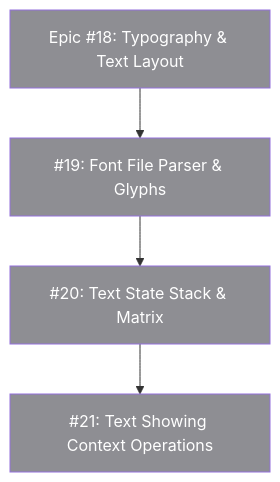
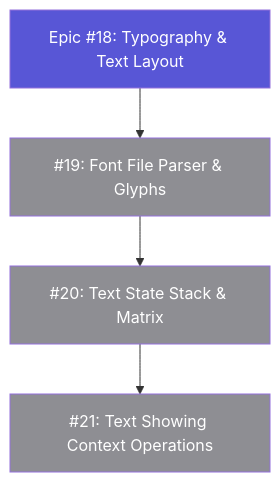
Before and after one commit to SlayerMotion/PureDraw: the eighth of 9 diagrams in README.md, drawn with Mermaid. The commit also changed other lines of this file and 1 other file, not shown here.

First line of the commit message:
docs: mark epic 13 done in roadmap diagrams

````diff
--- a/README.md
+++ b/README.md
@@ -268,16 +268,16 @@
 ```mermaid
 flowchart TB
     classDef done    fill:#34C759,color:#FFFFFF
     classDef active  fill:#007AFF,color:#FFFFFF
     classDef review  fill:#30B0C7,color:#FFFFFF
     classDef next    fill:#5856D6,color:#FFFFFF
     classDef partial fill:#FF9500,color:#FFFFFF
     classDef todo    fill:#8E8E93,color:#FFFFFF
 
-    Epic18["Epic #18: Typography & Text Layout"]:::todo --> I19["#19: Font File Parser & Glyphs"]:::todo --> I20["#20: Text State Stack & Matrix"]:::todo --> I21["#21: Text Showing Context Operations"]:::todo
+    Epic18["Epic #18: Typography & Text Layout"]:::next --> I19["#19: Font File Parser & Glyphs"]:::todo --> I20["#20: Text State Stack & Matrix"]:::todo --> I21["#21: Text Showing Context Operations"]:::todo
 
     click Epic18 href "https://github.com/mihaelamj/PureDraw/issues/18" "Epic #18"
     click I19 href "https://github.com/mihaelamj/PureDraw/issues/19" "Issue #19"
     click I20 href "https://github.com/mihaelamj/PureDraw/issues/20" "Issue #20"
     click I21 href "https://github.com/mihaelamj/PureDraw/issues/21" "Issue #21"
 ```
````
